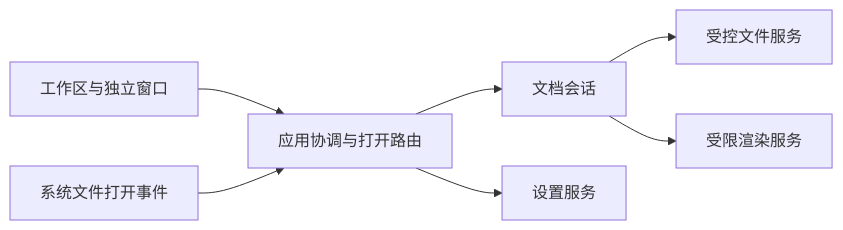
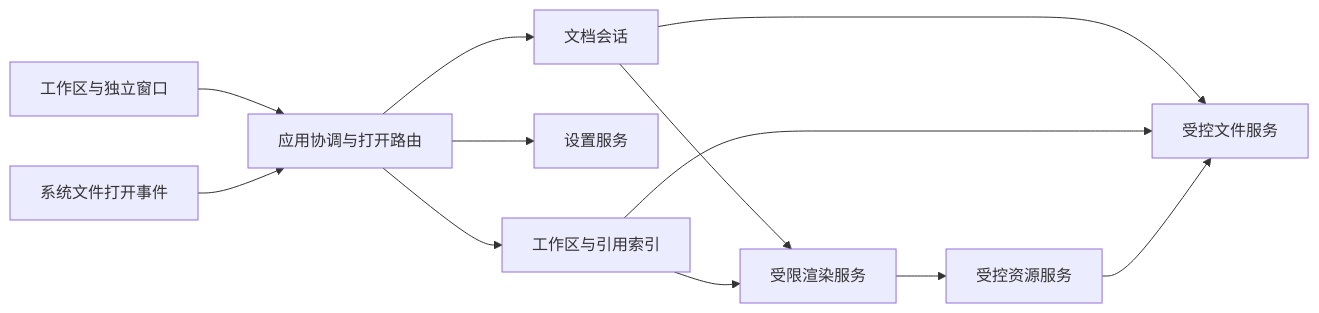
One commit to xiaodaozhi/xdnote changed the diagram in docs/engineering/architecture.md. Above: the diagram before and after it, drawn with Mermaid. The commit also changed other lines of this file and 14 other files, not shown here.

Commit message:
docs: establish architecture and workspace resource contracts

````diff
--- a/docs/engineering/architecture.md
+++ b/docs/engineering/architecture.md
@@ -24,9 +35,14 @@
 ```mermaid
 flowchart LR
     UI[工作区与独立窗口] --> App[应用协调与打开路由]
     App --> Doc[文档会话]
     App --> Pref[设置服务]
+    App --> Workspace[工作区与引用索引]
     Doc --> Files[受控文件服务]
     Doc --> Render[受限渲染服务]
+    Workspace --> Files
+    Workspace --> Render
+    Render --> Resources[受控资源服务]
+    Resources --> Files
     OS[系统文件打开事件] --> App
 ```
````
